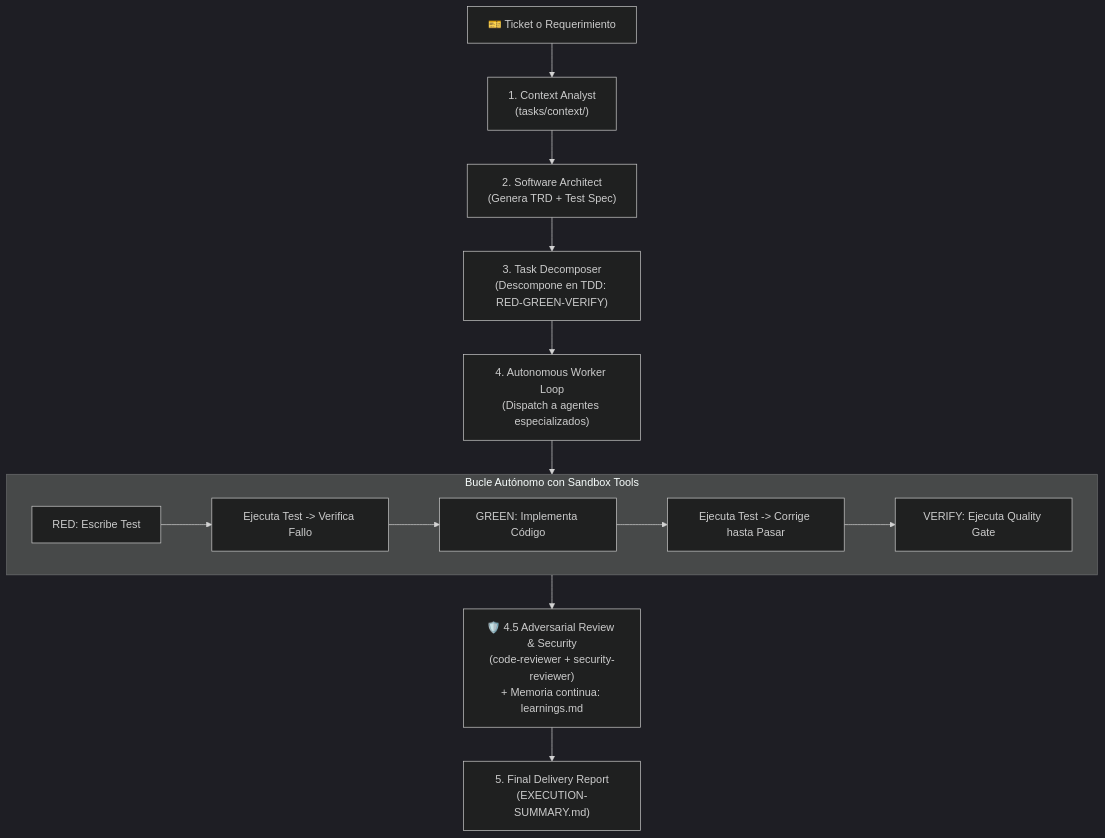
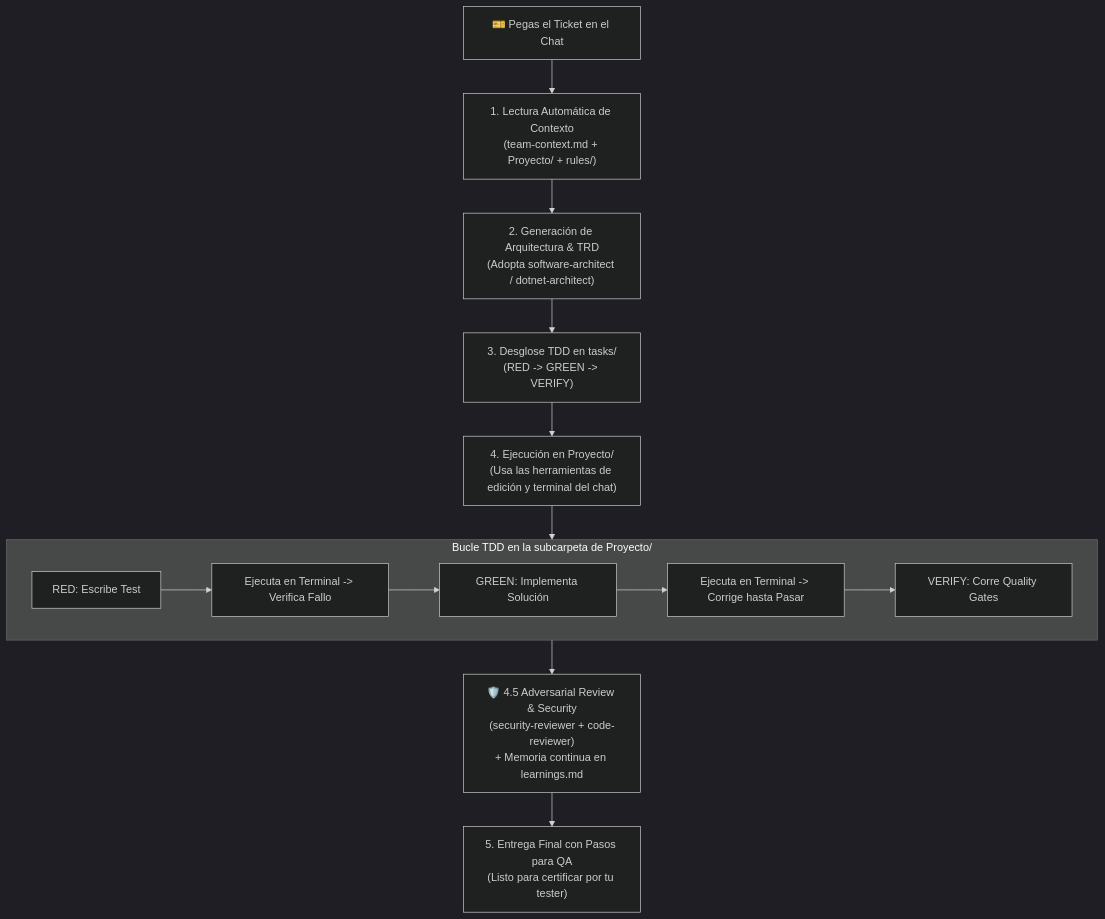
The diagram in README.md (NXT-pixel/Faena), drawn with Mermaid (dark theme) before and after one commit. The commit also changed other lines of this file and 35 other files, not shown here.

First line of the commit message:
refactor: Transition Faena to pure chat-native context and agent harness

````diff
--- a/README.md
+++ b/README.md
@@ -29,18 +26,18 @@
 ```mermaid
 flowchart TD
-    T["🎫 Ticket o Requerimiento"] --> S1["1. Context Analyst\n(tasks/context/)"]
-    S1 --> S2["2. Software Architect\n(Genera TRD + Test Spec)"]
-    S2 --> S3["3. Task Decomposer\n(Descompone en TDD: RED-GREEN-VERIFY)"]
-    S3 --> S4["4. Autonomous Worker Loop\n(Dispatch a agentes especializados)"]
+    T["🎫 Pegas el Ticket en el Chat"] --> S1["1. Lectura Automática de Contexto\n(team-context.md + Proyecto/ + rules/)"]
+    S1 --> S2["2. Generación de Arquitectura & TRD\n(Adopta software-architect / dotnet-architect)"]
+    S2 --> S3["3. Desglose TDD en tasks/\n(RED -> GREEN -> VERIFY)"]
+    S3 --> S4["4. Ejecución en Proyecto/\n(Usa las herramientas de edición y terminal del chat)"]
     
-    subgraph S4_LOOP ["Bucle Autónomo con Sandbox Tools"]
-        R1["RED: Escribe Test"] --> R2["Ejecuta Test -> Verifica Fallo"]
-        R2 --> G1["GREEN: Implementa Código"]
-        G1 --> G2["Ejecuta Test -> Corrige hasta Pasar"]
-        G2 --> V1["VERIFY: Ejecuta Quality Gate"]
+    subgraph S4_LOOP ["Bucle TDD en la subcarpeta de Proyecto/"]
+        R1["RED: Escribe Test"] --> R2["Ejecuta en Terminal -> Verifica Fallo"]
+        R2 --> G1["GREEN: Implementa Solución"]
+        G1 --> G2["Ejecuta en Terminal -> Corrige hasta Pasar"]
+        G2 --> V1["VERIFY: Corre Quality Gates"]
     end
     
     S4 --> S4_LOOP
-    S4_LOOP --> S45["🛡️ 4.5 Adversarial Review & Security\n(code-reviewer + security-reviewer)\n+ Memoria continua: learnings.md"]
-    S45 --> S5["5. Final Delivery Report\n(EXECUTION-SUMMARY.md)"]
+    S4_LOOP --> S45["🛡️ 4.5 Adversarial Review & Security\n(security-reviewer + code-reviewer)\n+ Memoria continua en learnings.md"]
+    S45 --> S5["5. Entrega Final con Pasos para QA\n(Listo para certificar por tu tester)"]
 ```
````
